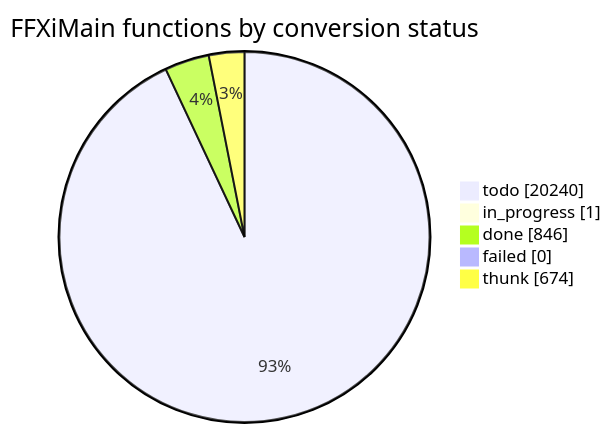
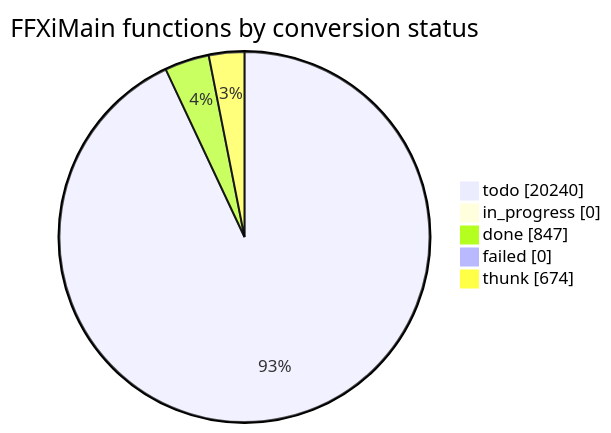
Before and after one commit to cowrevenge/cow_kuluu_xi_anything: the diagram in docs/cow/STATUS.md, drawn with Mermaid. The commit also changed other lines of this file and 8 other files, not shown here.

````diff
--- a/docs/cow/STATUS.md
+++ b/docs/cow/STATUS.md
@@ -18,9 +18,9 @@
 ```mermaid
 pie showData
     title FFXiMain functions by conversion status
     "todo" : 20240
-    "in_progress" : 1
-    "done" : 846
+    "in_progress" : 0
+    "done" : 847
     "failed" : 0
     "thunk" : 674
 ```
````
